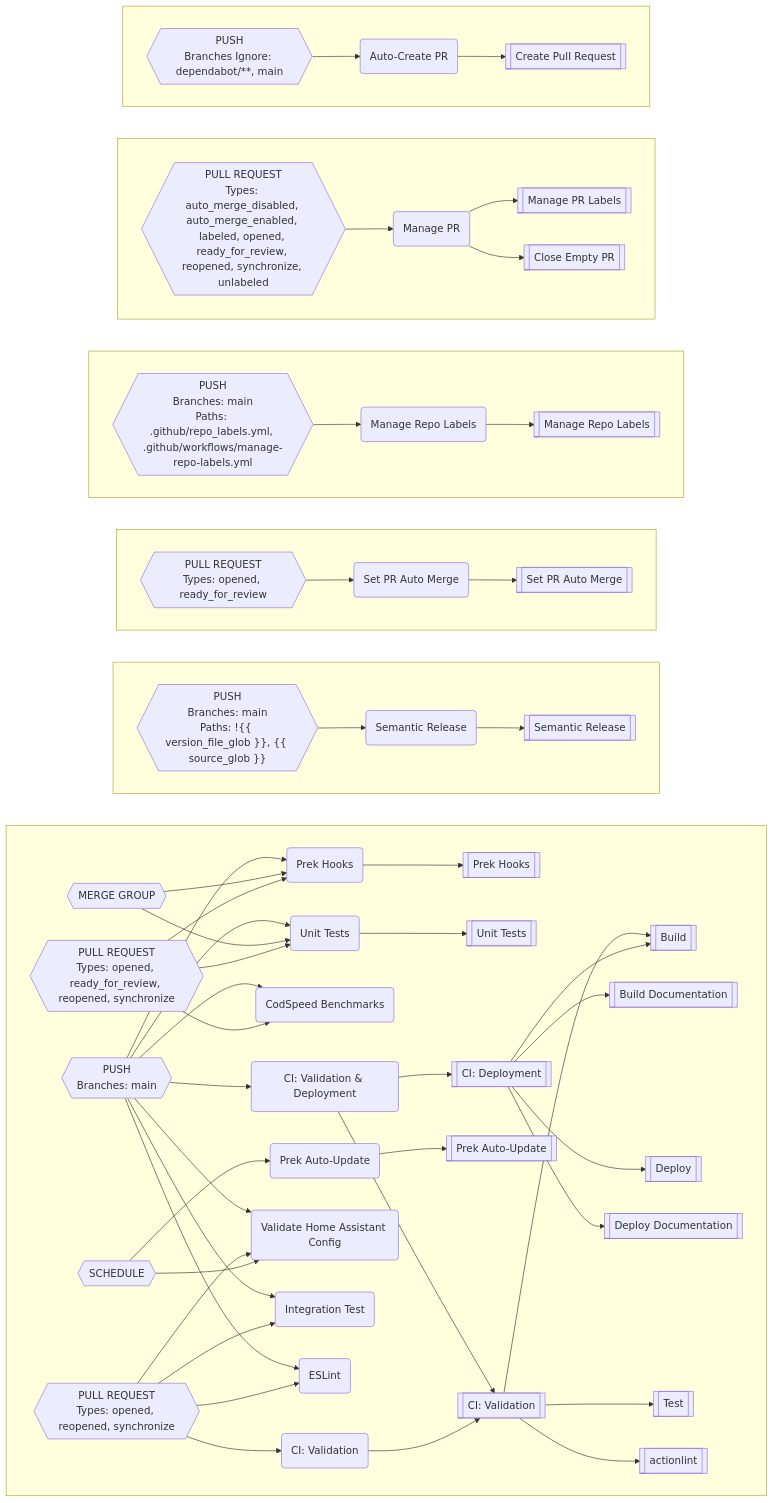
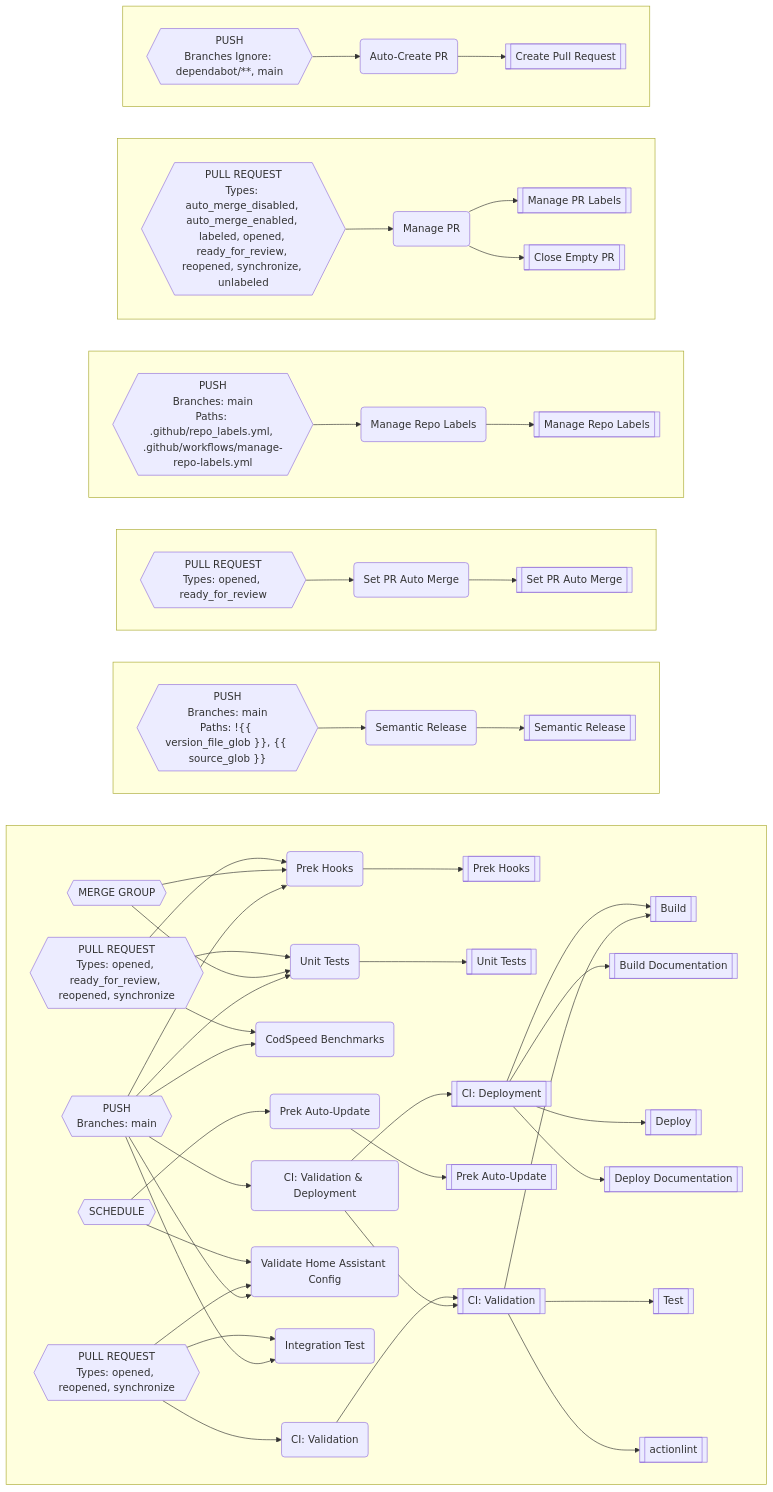
The diagram in README.md (worganisation/github-config-files), drawn with Mermaid before and after one commit. The commit also changed other lines of this file and 2 other files, not shown here.

````diff
--- a/README.md
+++ b/README.md
@@ -413,31 +324,29 @@
 ```mermaid
 flowchart LR
-subgraph EI[" "]
+subgraph EE[" "]
 direction LR
-DM-->EB
-DM-->DQ
-DM-->DL
-DQ-->BC
-DR-->EB
-DR-->DQ
-EB-->BO
-DH-->V
+DI-->DX
+DI-->DM
+DI-->DH
+DM-->BC
+DN-->DX
+DN-->DM
+DX-->BO
+DD-->V
 CE-->AZ
-CF-->CQ
+CF-->CM
 CF-->CE
-DJ-->DH
-DJ-->CY
-DJ-->CQ
-DJ-->CM
-DE-->EB
-DE-->DQ
-DE-->DL
-DE-->DD
-DE-->CY
-DE-->CQ
-DE-->CM
-DD-->V
-DD-->M
+DF-->DD
+DF-->CU
+DF-->CM
+DA-->DX
+DA-->DM
+DA-->DH
+DA-->CZ
+DA-->CU
+DA-->CM
+CZ-->V
+CZ-->M
 M-->I
 M-->E
 M-->AN
@@ -446,28 +355,28 @@
 V-->BL
 V-->A
 end
-subgraph EJ[" "]
+subgraph EF[" "]
 direction LR
-DX-->DW
-DW-->BF
+DT-->DS
+DS-->BF
 end
-subgraph EK[" "]
+subgraph EG[" "]
 direction LR
 CJ-->CI
 CI-->BI
 end
-subgraph EL[" "]
+subgraph EH[" "]
 direction LR
 CB-->CA
 CA-->AW
 end
-subgraph EM[" "]
+subgraph EI[" "]
 direction LR
 BW-->BV
 BV-->AT
 BV-->AB
 end
-subgraph EN[" "]
+subgraph EJ[" "]
 direction LR
 BS-->BR
 BR-->AF
@@ -504,29 +413,28 @@
 CJ{{"PULL REQUEST
 Types: opened, ready_for_review
 "}}
-CM("ESLint")
-CQ("Validate Home Assistant Config")
-CY("Integration Test")
-DD("CI: Validation & Deployment")
-DE{{"PUSH
+CM("Validate Home Assistant Config")
+CU("Integration Test")
+CZ("CI: Validation & Deployment")
+DA{{"PUSH
 Branches: main
 "}}
-DH("CI: Validation")
-DJ{{"PULL REQUEST
+DD("CI: Validation")
+DF{{"PULL REQUEST
 Types: opened, reopened, synchronize
 "}}
-DL("CodSpeed Benchmarks")
-DM{{"PULL REQUEST
+DH("CodSpeed Benchmarks")
+DI{{"PULL REQUEST
 Types: opened, ready_for_review, reopened, synchronize
 "}}
-DQ("Prek Hooks")
-DR{{"MERGE GROUP"}}
-DW("Semantic Release")
-DX{{"PUSH
+DM("Prek Hooks")
+DN{{"MERGE GROUP"}}
+DS("Semantic Release")
+DT{{"PUSH
 Branches: main
 Paths: !{{ version_file_glob }}, {{ source_glob }}
 "}}
-EB("Unit Tests")
+DX("Unit Tests")
 E[["Build Documentation"]]
 I[["Build"]]
 M[["CI: Deployment"]]
````
